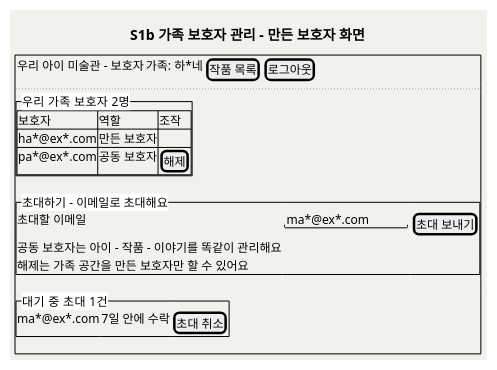
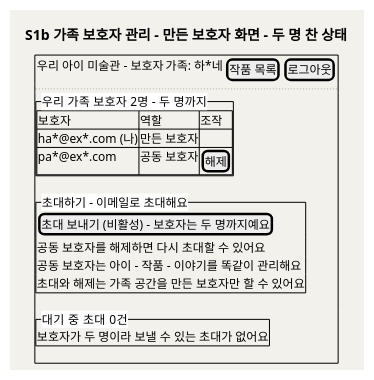
Before and after one commit to kids-gallery/uri-gallery: the eighth of 21 diagrams in design/SD_02_UIUX설계서_우리아이미술관.md, drawn with PlantUML. The commit also changed other lines of this file and 4 other files, not shown here.

````diff
--- a/design/SD_02_UIUX설계서_우리아이미술관.md
+++ b/design/SD_02_UIUX설계서_우리아이미술관.md
@@ -485,25 +507,26 @@
 ```plantuml
 @startuml
 skinparam backgroundColor #F3F1EB
-title S1b 가족 보호자 관리 - 만든 보호자 화면
+title S1b 가족 보호자 관리 - 만든 보호자 화면 - 두 명 찬 상태
 salt
 {+
 { 우리 아이 미술관 - 보호자 | 가족: 하*네 | [작품 목록] | [로그아웃] }
 ..
-{^"우리 가족 보호자  2명"
+{^"우리 가족 보호자  2명 - 두 명까지"
 {# 보호자 | 역할 | 조작
-  ha*@ex*.com | 만든 보호자 | .
+  ha*@ex*.com (나) | 만든 보호자 | .
   pa*@ex*.com | 공동 보호자 | [해제]
 }
 }
 {^"초대하기 - 이메일로 초대해요"
-  초대할 이메일 | "ma*@ex*.com    " | [초대 보내기]
+  [초대 보내기 (비활성) - 보호자는 두 명까지예요]
+  공동 보호자를 해제하면 다시 초대할 수 있어요
   공동 보호자는 아이 - 작품 - 이야기를 똑같이 관리해요
-  해제는 가족 공간을 만든 보호자만 할 수 있어요
+  초대와 해제는 가족 공간을 만든 보호자만 할 수 있어요
 }
-{^"대기 중 초대  1건"
-  ma*@ex*.com | 7일 안에 수락 | [초대 취소]
+{^"대기 중 초대  0건"
+  보호자가 두 명이라 보낼 수 있는 초대가 없어요
 }
 }
 @enduml
 ```
````
